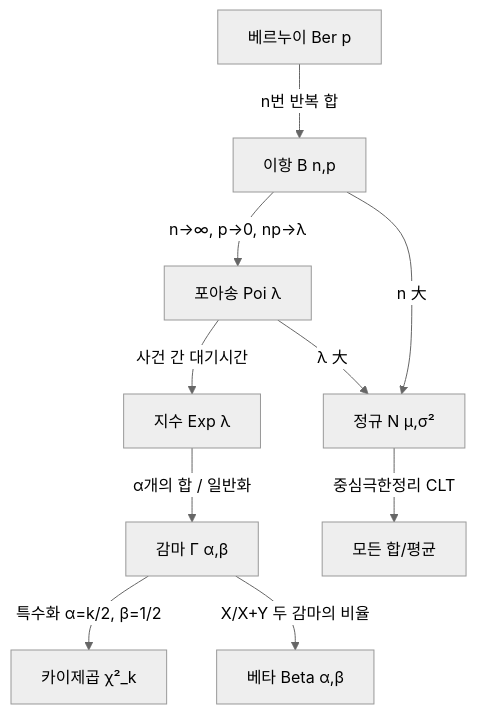
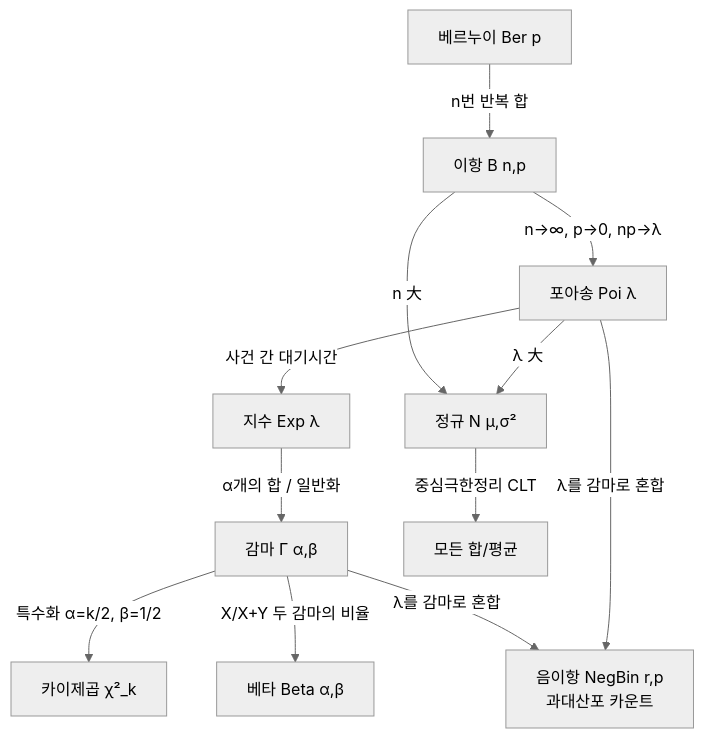
The diagram in subjects/4-1/AI를위한수학의응용/9강.md (yang-heeseok/University_KNOU), drawn with Mermaid (neutral theme) before and after one commit. The commit also changed other lines of this file and 14 other files, not shown here.

````diff
--- a/subjects/4-1/AI를위한수학의응용/9강.md
+++ b/subjects/4-1/AI를위한수학의응용/9강.md
@@ -126,12 +138,14 @@
 ```mermaid
 graph TD
     Ber[베르누이 Ber p] -->|n번 반복 합| Bin[이항 B n,p]
     Bin -->|n→∞, p→0, np→λ| Poi[포아송 Poi λ]
     Poi -->|사건 간 대기시간| Exp[지수 Exp λ]
     Exp -->|α개의 합 / 일반화| Gam[감마 Γ α,β]
     Gam -->|특수화 α=k/2, β=1/2| Chi[카이제곱 χ²_k]
     Gam -->|X/X+Y 두 감마의 비율| Beta[베타 Beta α,β]
     Bin -->|n 大| Norm[정규 N μ,σ²]
     Poi -->|λ 大| Norm
     Norm -->|중심극한정리 CLT| All[모든 합/평균]
+    Gam -->|λ를 감마로 혼합| NB[음이항 NegBin r,p<br/>과대산포 카운트]
+    Poi -->|λ를 감마로 혼합| NB
 ```
````
